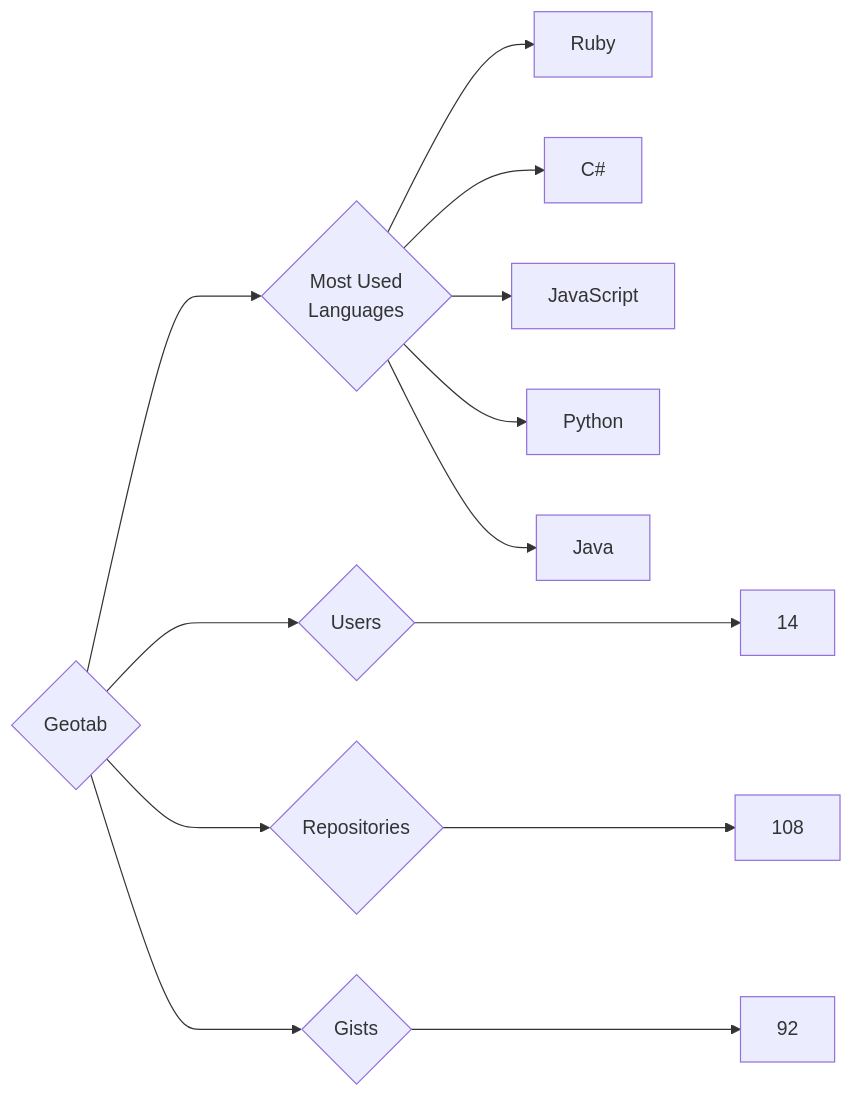
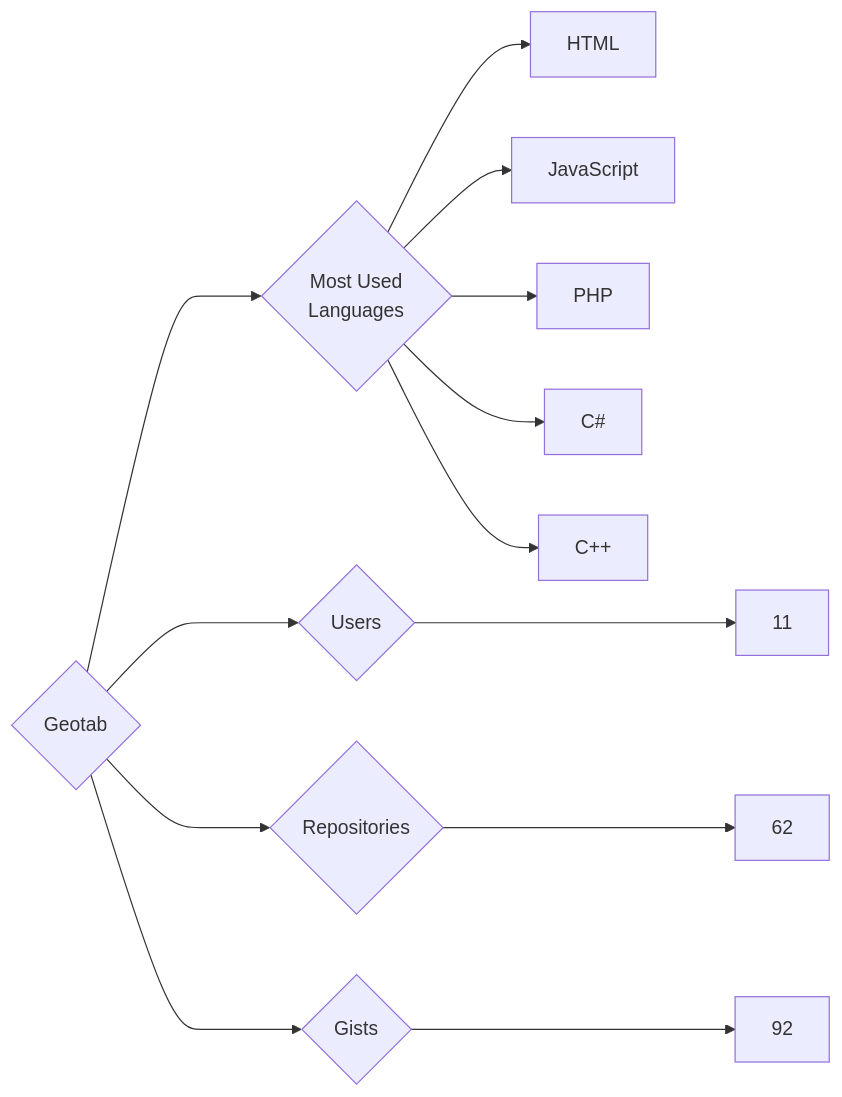
Before and after one commit to trickest/insiders: the diagram in targets/Geotab/README.md, drawn with Mermaid. The commit also changed 688 other files, not shown here.

````diff
--- a/targets/Geotab/README.md
+++ b/targets/Geotab/README.md
@@ -3,13 +3,13 @@
 ```mermaid
 graph LR
 COMPANY_NAME{Geotab}
-COMPANY_NAME ---> U{Users} ---> UN[14]
-COMPANY_NAME ---> R{Repositories} ---> RN[108]
+COMPANY_NAME ---> U{Users} ---> UN[11]
+COMPANY_NAME ---> R{Repositories} ---> RN[62]
 COMPANY_NAME ---> G{Gists} ---> GN[92]
 COMPANY_NAME ---> ML{Most Used<br>Languages}
-ML --> Ruby[Ruby]
+ML --> HTML[HTML]
+ML --> JavaScript[JavaScript]
+ML --> PHP[PHP]
 ML --> C#[C#]
-ML --> JavaScript[JavaScript]
-ML --> Python[Python]
-ML --> Java[Java]
+ML --> C++[C++]
 ```
````
